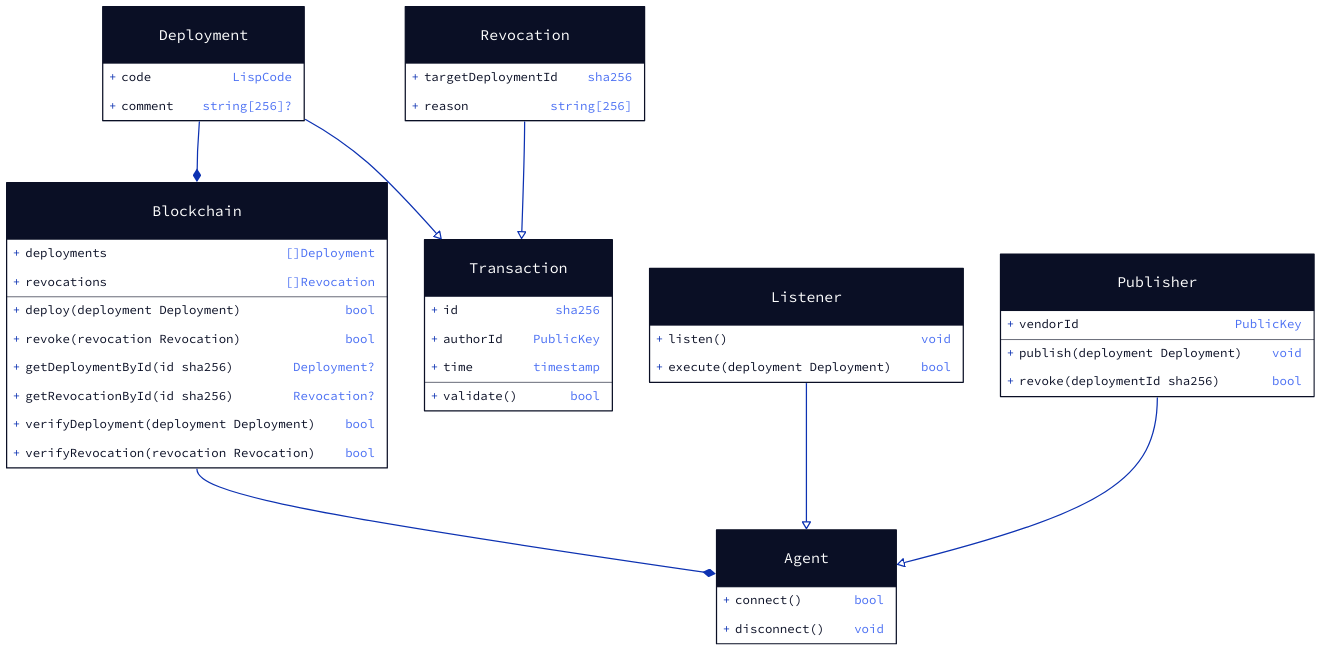
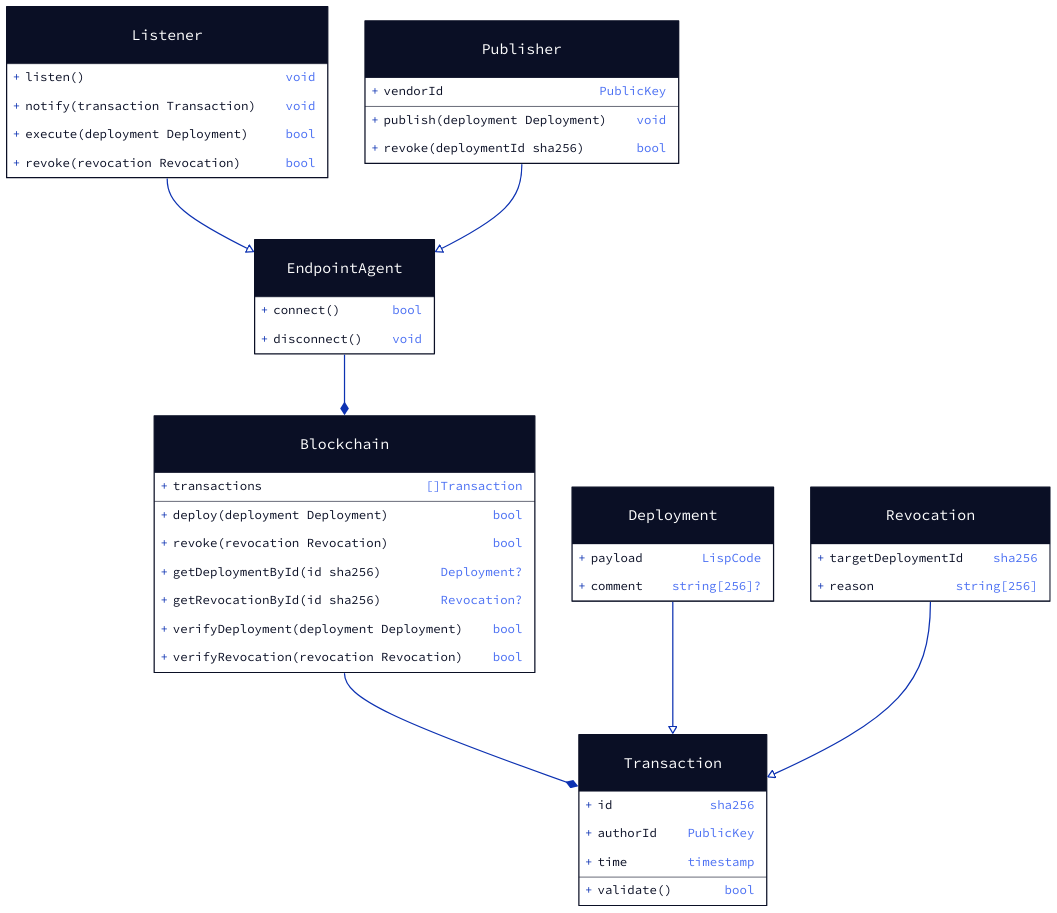
Before and after one commit to EGN-Project/lisp-endpoint-agent: the diagram in meta/classes.d2, drawn with D2.

Commit message:
Proper connections, add additional properties and methods

```diff
--- a/meta/classes.d2
+++ b/meta/classes.d2
@@ -1,106 +1,107 @@
 # Class definitions.
 Blockchain: {
   shape: class
-  deployments: "[]Deployment"
-  revocations: "[]Revocation"
+  transactions: "[]Transaction"
   deploy(deployment Deployment): bool
   revoke(revocation Revocation): bool
   getDeploymentById(id sha256): "Deployment?"
   getRevocationById(id sha256): "Revocation?"
   verifyDeployment(deployment Deployment): bool
   verifyRevocation(revocation Revocation): bool
 }
 
 Transaction: {
   shape: class
   id: sha256
   authorId: PublicKey
   time: timestamp
   validate(): bool
 }
 
 Deployment: {
   shape: class
-  code: LispCode
+  payload: LispCode
   comment: "string[256]?"
 }
 
 Revocation: {
   shape: class
   targetDeploymentId: sha256
   reason: "string[256]"
 }
 
-Agent: {
+Agent: "EndpointAgent" {
   shape: class
   connect(): bool
   disconnect(): void
 }
 
 Listener: {
   shape: class
   listen(): void
+  notify(transaction Transaction): void
   execute(deployment Deployment): bool
+  revoke(revocation Revocation): bool
 }
 
 Publisher: {
   shape: class
   vendorId: PublicKey
   publish(deployment Deployment): void
   revoke(deploymentId sha256): bool
 }
 
 # Connections.
-Deployment -> Blockchain: {
+Blockchain -> Transaction: {
   target-arrowhead: {
     shape: diamond
     style: {
       filled: true
     }
   }
 }
 
-Blockchain -> Agent: {
+Agent -> Blockchain: {
   target-arrowhead: {
     shape: diamond
     style: {
       filled: true
     }
   }
 }
 
 Listener -> Agent: {
   target-arrowhead: {
     shape: triangle
     style: {
       filled: false
     }
   }
 }
 
 Publisher -> Agent: {
   target-arrowhead: {
     shape: triangle
     style: {
       filled: false
     }
   }
 }
 
 Deployment -> Transaction: {
   target-arrowhead: {
     shape: triangle
     style: {
       filled: false
     }
   }
 }
 
 Revocation -> Transaction: {
   target-arrowhead: {
     shape: triangle
     style: {
       filled: false
     }
   }
 }
```
